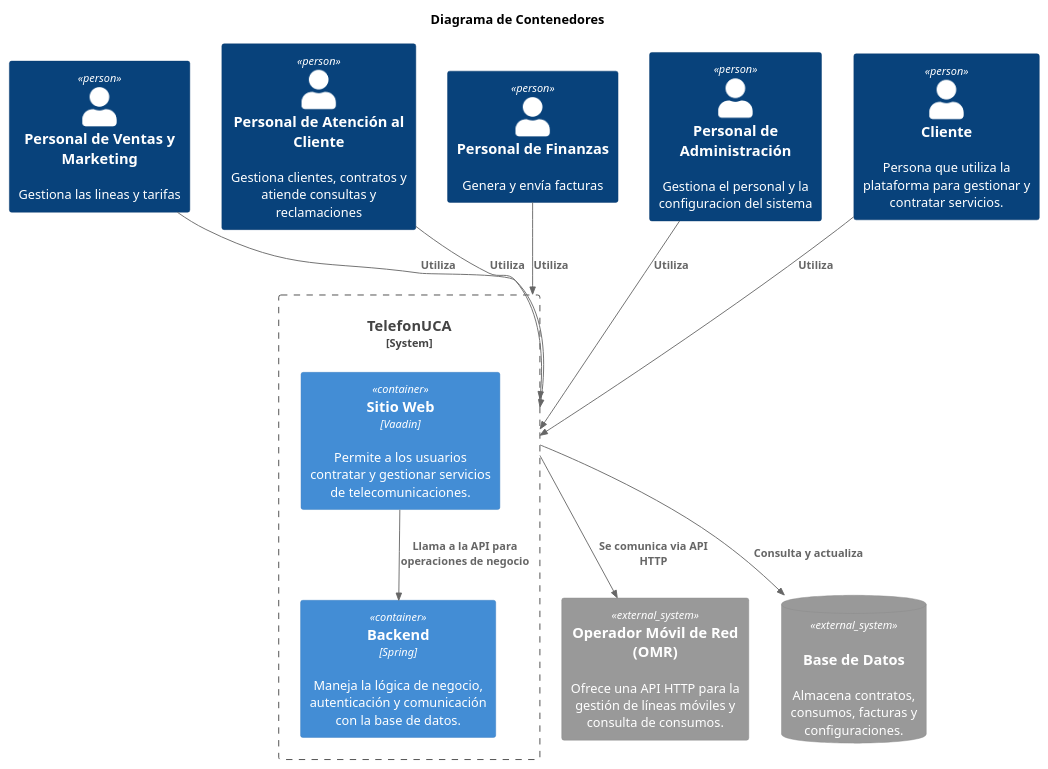
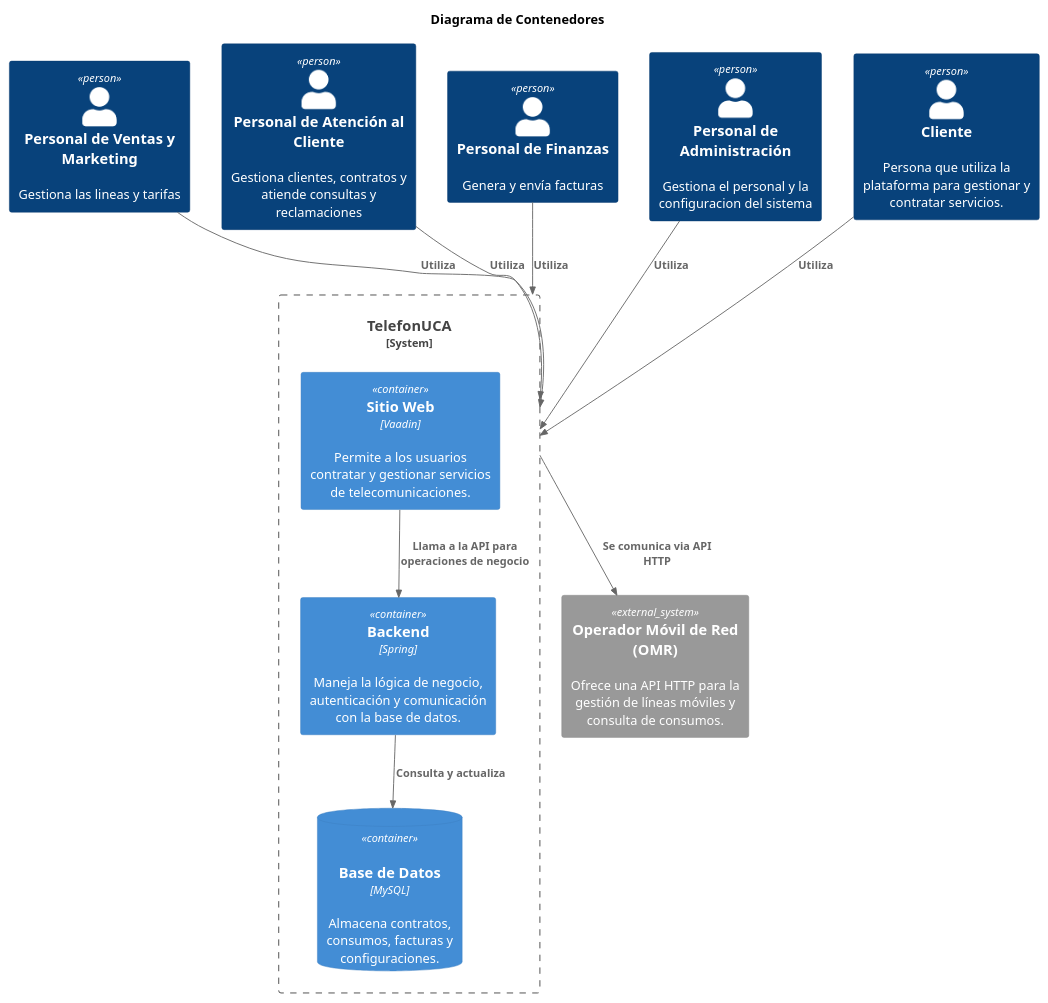
The diagram in docs/diagrams/ContainerDiagramC4.puml (davidbp10/iw2023-2024-MovilUCA), drawn with PlantUML before and after one commit. The commit also changed 7 other files, not shown here.

Commit message:
Mejoras diagramas C4

```diff
--- a/docs/diagrams/ContainerDiagramC4.puml
+++ b/docs/diagrams/ContainerDiagramC4.puml
@@ -1,31 +1,30 @@
 @startuml
 !include https://raw.githubusercontent.com/plantuml-stdlib/C4-PlantUML/master/C4_Container.puml
 
 title Diagrama de Contenedores
 
 Person(ventas, "Personal de Ventas y Marketing", "Gestiona las lineas y tarifas")
 Person(atencioncliente, "Personal de Atención al Cliente", "Gestiona clientes, contratos y atiende consultas y reclamaciones")
 Person(f, "Personal de Finanzas", "Genera y envía facturas")
 Person(admin, "Personal de Administración", "Gestiona el personal y la configuracion del sistema")
 Person(cliente, "Cliente", "Persona que utiliza la plataforma para gestionar y contratar servicios.")
 
 System_Boundary(t, "TelefonUCA") {
     Container(web, "Sitio Web", "Vaadin", "Permite a los usuarios contratar y gestionar servicios de telecomunicaciones.")
     Container(backend, "Backend", "Spring", "Maneja la lógica de negocio, autenticación y comunicación con la base de datos.")
-
+    ContainerDb(bd, "Base de Datos","MySQL" ,"Almacena contratos, consumos, facturas y configuraciones.", "MySQL")
 }
 
 System_Ext(omr, "Operador Móvil de Red (OMR)", "Ofrece una API HTTP para la gestión de líneas móviles y consulta de consumos.")
-SystemDb_Ext(bd, "Base de Datos", "Almacena contratos, consumos, facturas y configuraciones.", "MySQL")
+
 
 Rel(cliente, t, "Utiliza")
-Rel(t, bd, "Consulta y actualiza")
 Rel(t, omr, "Se comunica via API HTTP")
-
+Rel(backend, bd, "Consulta y actualiza")
 Rel(ventas, t, "Utiliza")
 Rel(atencioncliente, t, "Utiliza")
 Rel(f, t, "Utiliza")
 Rel(admin, t, "Utiliza")
 Rel(web, backend, "Llama a la API para operaciones de negocio")
 
 @enduml
```
